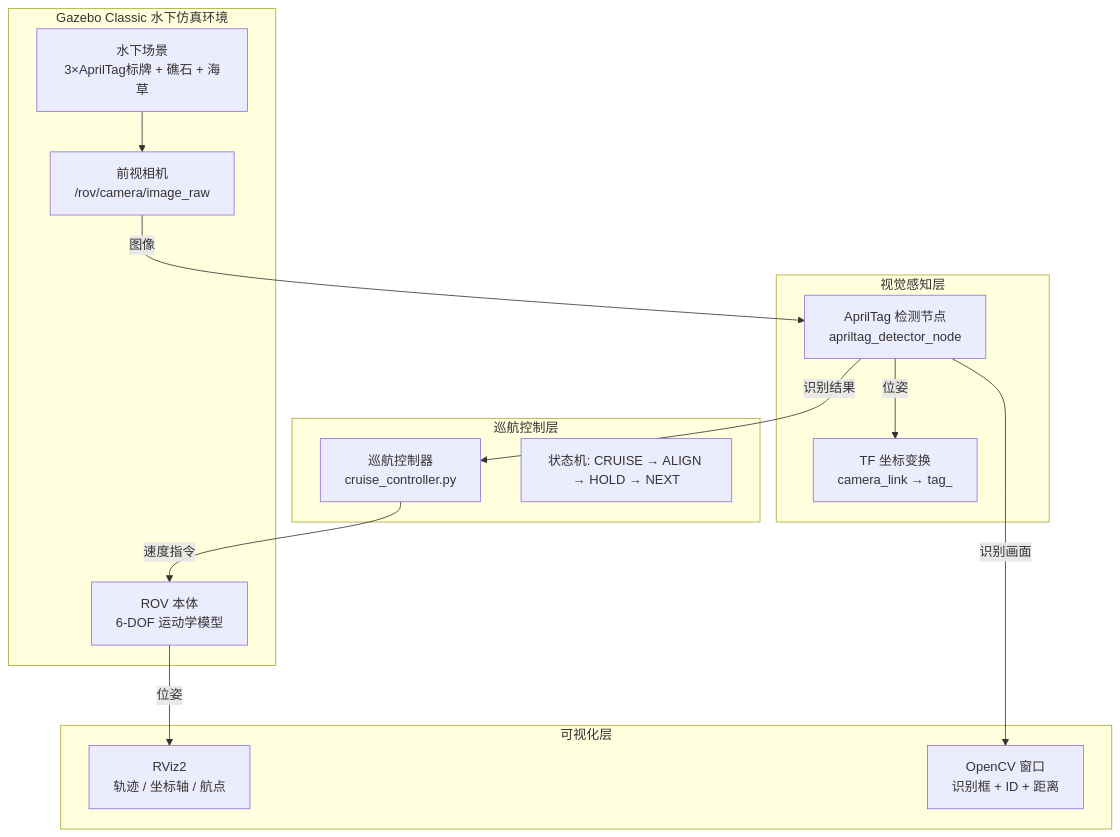
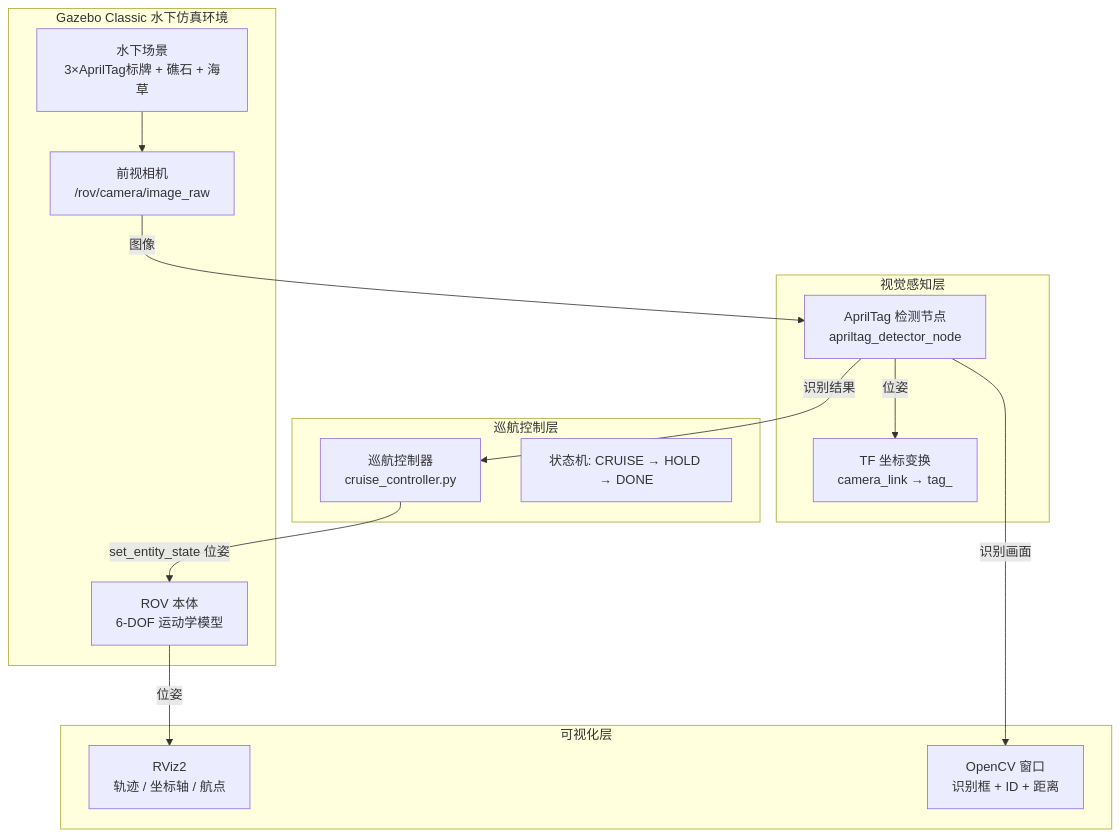
Before and after one commit to OpenHUTB/ros2: the diagram in docs/water/rov_apriltag_cruise.md, drawn with Mermaid. The commit also changed other lines of this file, not shown here.

````diff
--- a/docs/water/rov_apriltag_cruise.md
+++ b/docs/water/rov_apriltag_cruise.md
@@ -17,31 +17,31 @@
 ```mermaid
 graph TD
     subgraph Gazebo["Gazebo Classic 水下仿真环境"]
         Scene["水下场景<br/>3×AprilTag标牌 + 礁石 + 海草"]
         ROV["ROV 本体<br/>6-DOF 运动学模型"]
         Cam["前视相机<br/>/rov/camera/image_raw"]
     end
 
     subgraph Perception["视觉感知层"]
         Det["AprilTag 检测节点<br/>apriltag_detector_node"]
         TF["TF 坐标变换<br/>camera_link → tag_<id>"]
     end
 
     subgraph Control["巡航控制层"]
         Ctrl["巡航控制器<br/>cruise_controller.py"]
-        State["状态机: CRUISE → ALIGN → HOLD → NEXT"]
+        State["状态机: CRUISE → HOLD → DONE"]
     end
 
     subgraph Viz["可视化层"]
         RViz["RViz2<br/>轨迹 / 坐标轴 / 航点"]
         OpenCV["OpenCV 窗口<br/>识别框 + ID + 距离"]
     end
 
     Scene --> Cam
     Cam -->|图像| Det
     Det -->|位姿| TF
     Det -->|识别结果| Ctrl
-    Ctrl -->|速度指令| ROV
+    Ctrl -->|set_entity_state 位姿| ROV
     ROV -->|位姿| RViz
     Det -->|识别画面| OpenCV
 ```
````
